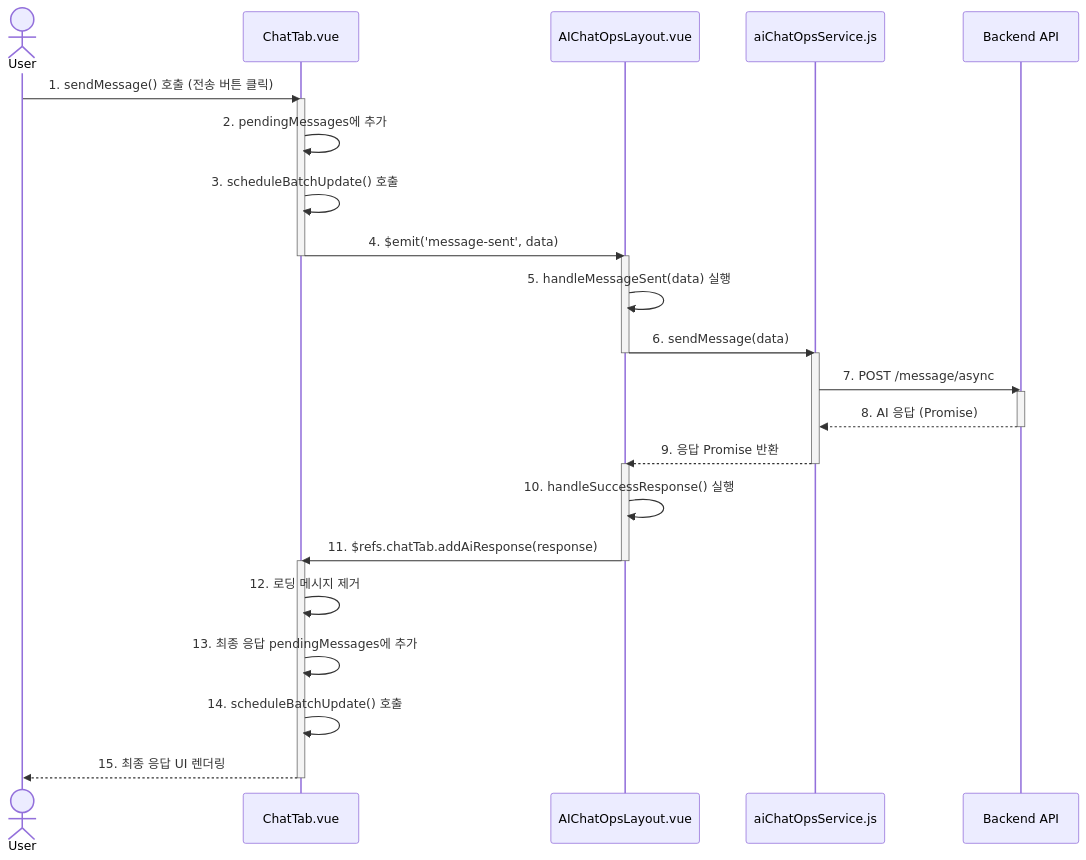
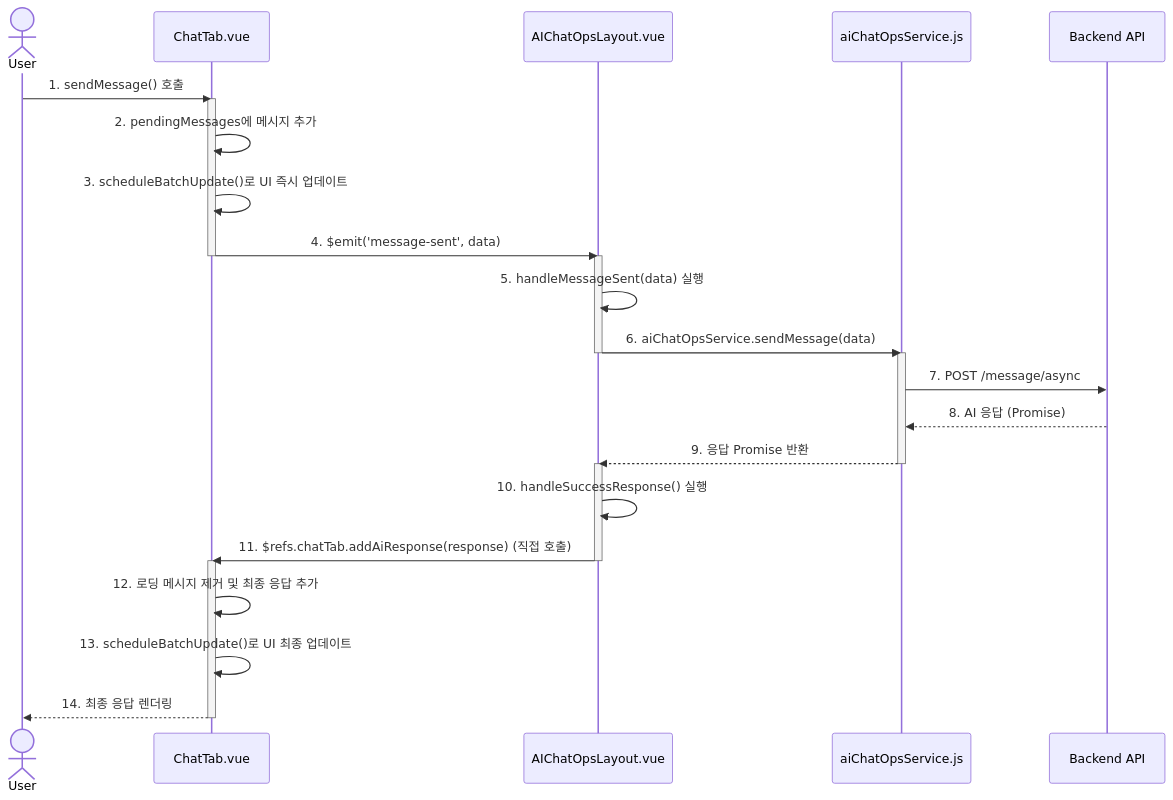
The second of 2 diagrams in docs/AIChatOps_Developer_Guide.md (ringo-hik/playgorund), drawn with Mermaid before and after one commit. The commit also changed other lines of this file and 3 other files, not shown here.

````diff
--- a/docs/AIChatOps_Developer_Guide.md
+++ b/docs/AIChatOps_Developer_Guide.md
@@ -129,40 +83,37 @@
 ```mermaid
 sequenceDiagram
     actor User
     participant C as ChatTab.vue
     participant L as AIChatOpsLayout.vue
     participant S as aiChatOpsService.js
     participant B as Backend API
 
-    User->>C: 1. sendMessage() 호출 (전송 버튼 클릭)
+    User->>C: 1. sendMessage() 호출
     activate C
-    C->>C: 2. pendingMessages에 추가
-    C->>C: 3. scheduleBatchUpdate() 호출
+    C->>C: 2. pendingMessages에 메시지 추가
+    C->>C: 3. scheduleBatchUpdate()로 UI 즉시 업데이트
     C->>L: 4. $emit('message-sent', data)
     deactivate C
 
     activate L
     L->>L: 5. handleMessageSent(data) 실행
-    L->>S: 6. sendMessage(data)
+    L->>S: 6. aiChatOpsService.sendMessage(data)
     deactivate L
 
     activate S
     S->>B: 7. POST /message/async
-    activate B
     B-->>S: 8. AI 응답 (Promise)
-    deactivate B
     S-->>L: 9. 응답 Promise 반환
     deactivate S
 
     activate L
     L->>L: 10. handleSuccessResponse() 실행
-    L->>C: 11. $refs.chatTab.addAiResponse(response)
+    L->>C: 11. $refs.chatTab.addAiResponse(response) (직접 호출)
     deactivate L
 
     activate C
-    C->>C: 12. 로딩 메시지 제거
-    C->>C: 13. 최종 응답 pendingMessages에 추가
-    C->>C: 14. scheduleBatchUpdate() 호출
-    C-->>User: 15. 최종 응답 UI 렌더링
+    C->>C: 12. 로딩 메시지 제거 및 최종 응답 추가
+    C->>C: 13. scheduleBatchUpdate()로 UI 최종 업데이트
+    C-->>User: 14. 최종 응답 렌더링
     deactivate C
 ```
````
